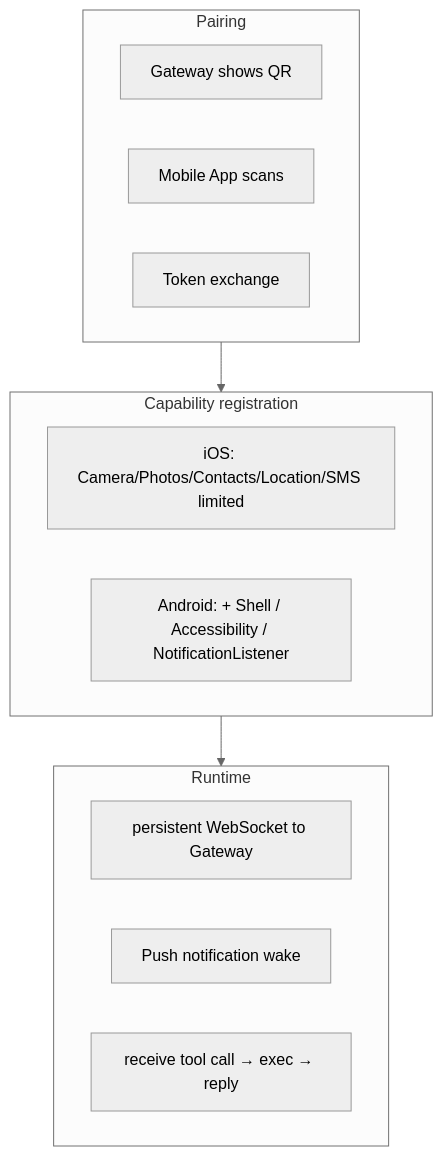
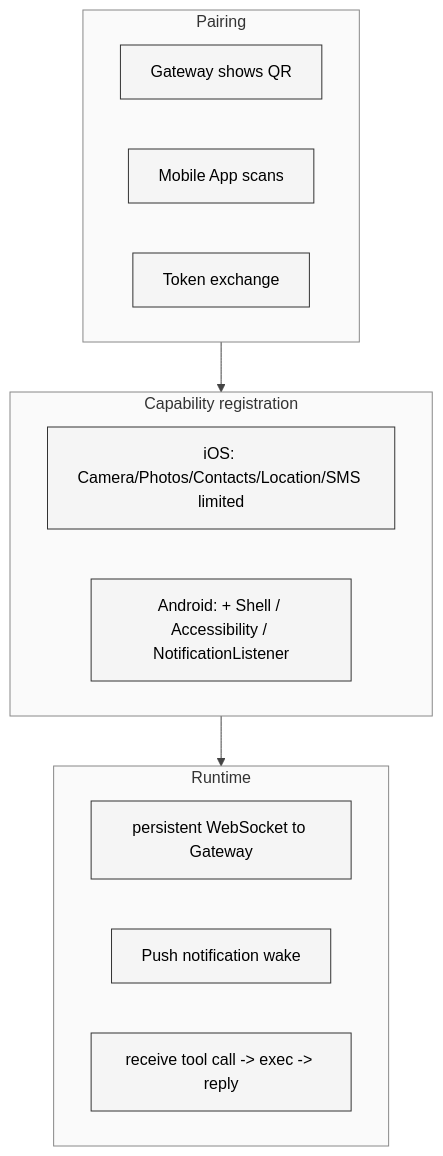
Before and after one commit to xiaonancs/openclaw-study: the diagram in Part III Channels Extensions Apps/19-mobile-nodes-ios-android.md, drawn with Mermaid. The commit also changed 25 other files, not shown here.

First line of the commit message:
修事实错误 + 补齐 mermaid-academic 规范

````diff
--- a/Part III Channels Extensions Apps/19-mobile-nodes-ios-android.md
+++ b/Part III Channels Extensions Apps/19-mobile-nodes-ios-android.md
@@ -28,19 +28,19 @@
 ```mermaid
-%%{init: {'theme':'neutral'}}%%
+%%{init: {'theme': 'neutral', 'themeVariables': {'background': '#ffffff', 'primaryColor': '#f5f5f5', 'primaryTextColor': '#000000', 'primaryBorderColor': '#333333', 'lineColor': '#444444', 'textColor': '#000000', 'mainBkg': '#f5f5f5', 'nodeBorder': '#333333', 'clusterBkg': '#fafafa', 'clusterBorder': '#888888', 'edgeLabelBackground': '#ffffff', 'actorBkg': '#f5f5f5', 'actorBorder': '#333333', 'actorTextColor': '#000000', 'actorLineColor': '#444444', 'signalColor': '#444444', 'signalTextColor': '#000000', 'noteBkgColor': '#f0f0f0', 'noteTextColor': '#000000', 'noteBorderColor': '#888888'}}}%%
 flowchart TB
     subgraph Pair[Pairing]
         QR[Gateway shows QR]
         App[Mobile App scans]
         Token[Token exchange]
     end
     subgraph Register[Capability registration]
         iOSCaps["iOS: Camera/Photos/Contacts/Location/SMS limited"]
         AndroidCaps["Android: + Shell / Accessibility / NotificationListener"]
     end
     subgraph Run[Runtime]
         WS["persistent WebSocket to Gateway"]
         Push["Push notification wake"]
-        Tool["receive tool call → exec → reply"]
+        Tool["receive tool call -> exec -> reply"]
     end
     Pair --> Register --> Run
 ```
````
